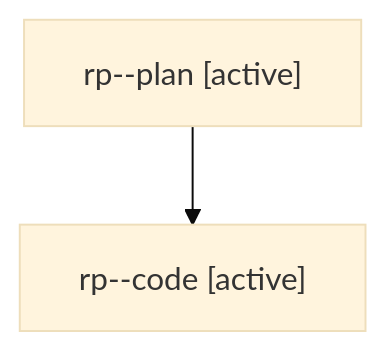
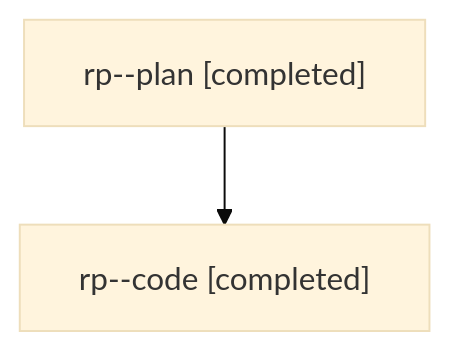
One commit to sase-org/sase--agents changed the diagram in families/bbugyi200.athena.rp.md. Above: the diagram before and after it, drawn with Mermaid (base theme). The commit also changed other lines of this file and 45 other files, not shown here.

````diff
--- a/families/bbugyi200.athena.rp.md
+++ b/families/bbugyi200.athena.rp.md
@@ -9,6 +9,6 @@
 ```mermaid
 flowchart TD
-  n0["rp--plan [active]"]
-  n1["rp--code [active]"]
+  n0["rp--plan [completed]"]
+  n1["rp--code [completed]"]
   n0 --> n1
 ```
````
